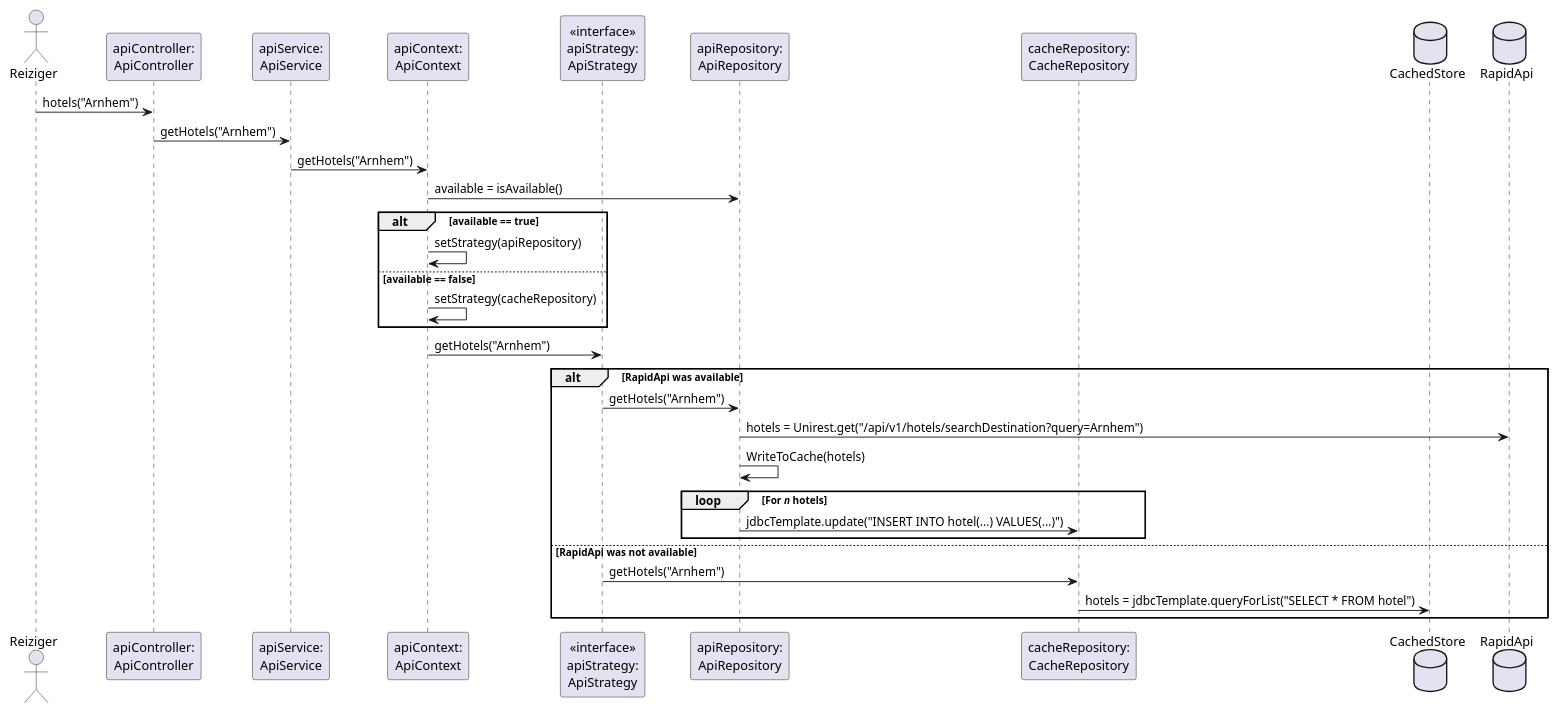
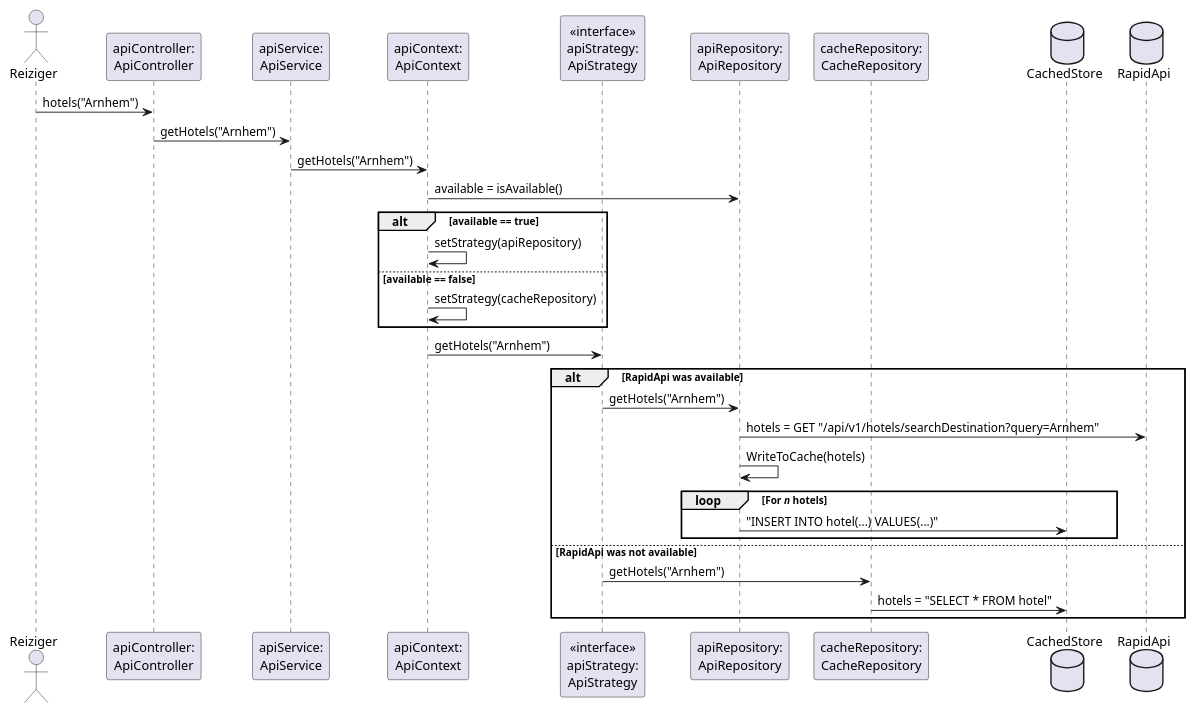
Before and after one commit to AIM-ENE-feb25/triptop-groep-3-pedro-ramon-mees: the diagram in opdracht-diagrammen/sequence_diagram_ramon.puml, drawn with PlantUML. The commit also changed 1 other file, not shown here.

Commit message:
Update sequence diagram

```diff
--- a/opdracht-diagrammen/sequence_diagram_ramon.puml
+++ b/opdracht-diagrammen/sequence_diagram_ramon.puml
@@ -1,38 +1,38 @@
 @startuml
 
 actor Reiziger as user
 
 participant "apiController:\nApiController" as controller
 participant "apiService:\nApiService" as service
 participant "apiContext:\nApiContext" as context
 participant "<<interface>>\napiStrategy:\nApiStrategy" as strategy
 participant "apiRepository:\nApiRepository" as api
 participant "cacheRepository:\nCacheRepository" as cache
 
 database CachedStore
 database RapidApi
 
 user -> controller: hotels("Arnhem")
 
 controller -> service: getHotels("Arnhem")
 service -> context: getHotels("Arnhem")
 context -> api: available = isAvailable()
 alt available == true
     context -> context: setStrategy(apiRepository)
 else available == false
     context -> context: setStrategy(cacheRepository)
 end
 context -> strategy: getHotels("Arnhem")
 alt RapidApi was available
     strategy -> api: getHotels("Arnhem")
-    api -> RapidApi: hotels = Unirest.get("/api/v1/hotels/searchDestination?query=Arnhem")
+    api -> RapidApi: hotels = GET "/api/v1/hotels/searchDestination?query=Arnhem"
     api -> api: WriteToCache(hotels)
     loop For //n// hotels
-        api -> cache: jdbcTemplate.update("INSERT INTO hotel(...) VALUES(...)")
+        api -> CachedStore: "INSERT INTO hotel(...) VALUES(...)"
     end
 else RapidApi was not available
     strategy -> cache: getHotels("Arnhem")
-    cache -> CachedStore: hotels = jdbcTemplate.queryForList("SELECT * FROM hotel")
+    cache -> CachedStore: hotels = "SELECT * FROM hotel"
 end
 
 @enduml
```
